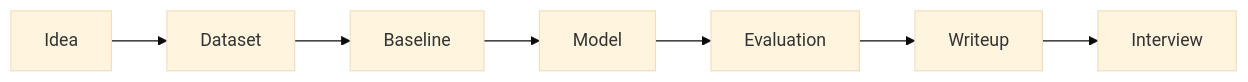
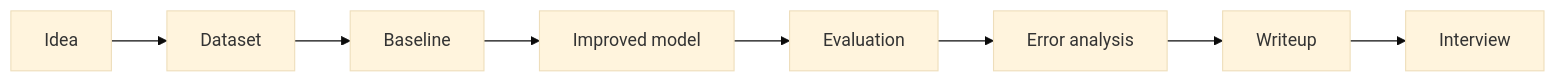
The diagram in PROJECTS.md (Icon1cc/Machine-Learning), drawn with Mermaid (base theme) before and after one commit. The commit also changed other lines of this file and 231 other files, not shown here.

````diff
--- a/PROJECTS.md
+++ b/PROJECTS.md
@@ -53,4 +63,10 @@
 ```mermaid
 flowchart LR
-    Idea --> Dataset --> Baseline --> Model --> Evaluation --> Writeup --> Interview
+    Idea --> Dataset
+    Dataset --> Baseline
+    Baseline --> Improved_Model[Improved model]
+    Improved_Model --> Evaluation
+    Evaluation --> Error_Analysis[Error analysis]
+    Error_Analysis --> Writeup
+    Writeup --> Interview
 ```
````
